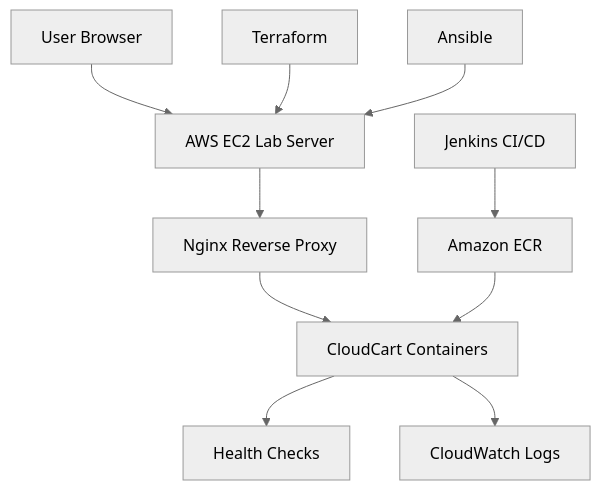
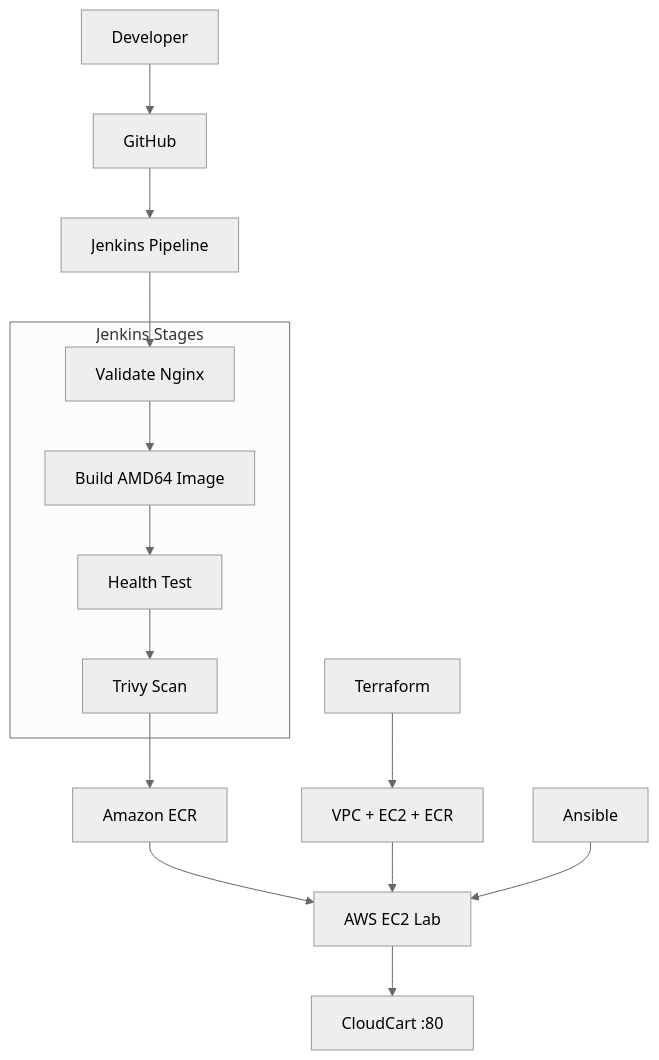
The second of 11 diagrams in README.md (anshu-sharma-devops/cloudcart-production-devops-platform), drawn with Mermaid (neutral theme) before and after one commit. The commit also changed other lines of this file and 1 other file, not shown here.

````diff
--- a/README.md
+++ b/README.md
@@ -154,14 +137,20 @@
 ```mermaid
-flowchart TD
-    User["User Browser"] --> EC2["AWS EC2 Lab Server"]
-    EC2 --> Nginx["Nginx Reverse Proxy"]
-    Nginx --> App["CloudCart Containers"]
+flowchart TB
+    Dev["Developer"] --> GH["GitHub"]
+    GH --> CI["Jenkins Pipeline"]
 
-    Jenkins["Jenkins CI/CD"] --> Registry["Amazon ECR"]
-    Registry --> App
+    subgraph Pipeline["Jenkins Stages"]
+        V["Validate Nginx"] --> B["Build AMD64 Image"]
+        B --> T["Health Test"]
+        T --> S["Trivy Scan"]
+    end
 
-    App --> Health["Health Checks"]
-    App --> Logs["CloudWatch Logs"]
-    Terraform["Terraform"] --> EC2
-    Ansible["Ansible"] --> EC2
+    CI --> V
+    S --> ECR["Amazon ECR"]
+    ECR --> EC2["AWS EC2 Lab"]
+    EC2 --> App["CloudCart :80"]
+
+    TF["Terraform"] --> Net["VPC + EC2 + ECR"]
+    Net --> EC2
+    Ans["Ansible"] --> EC2
 ```
````
